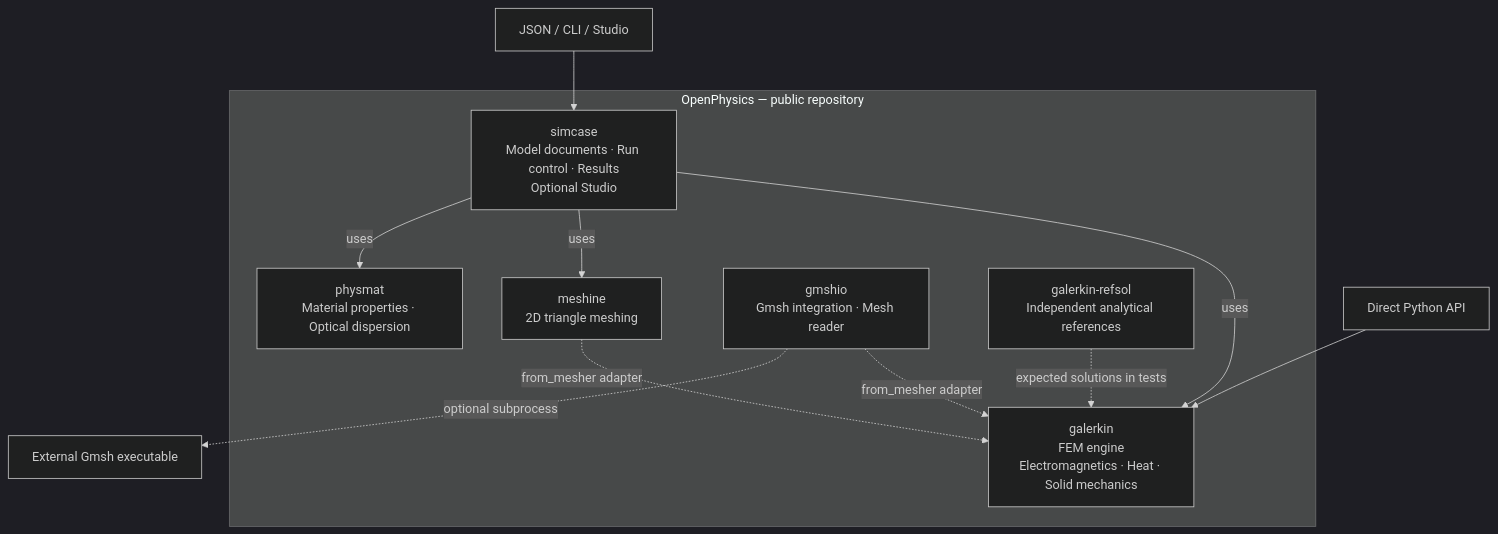
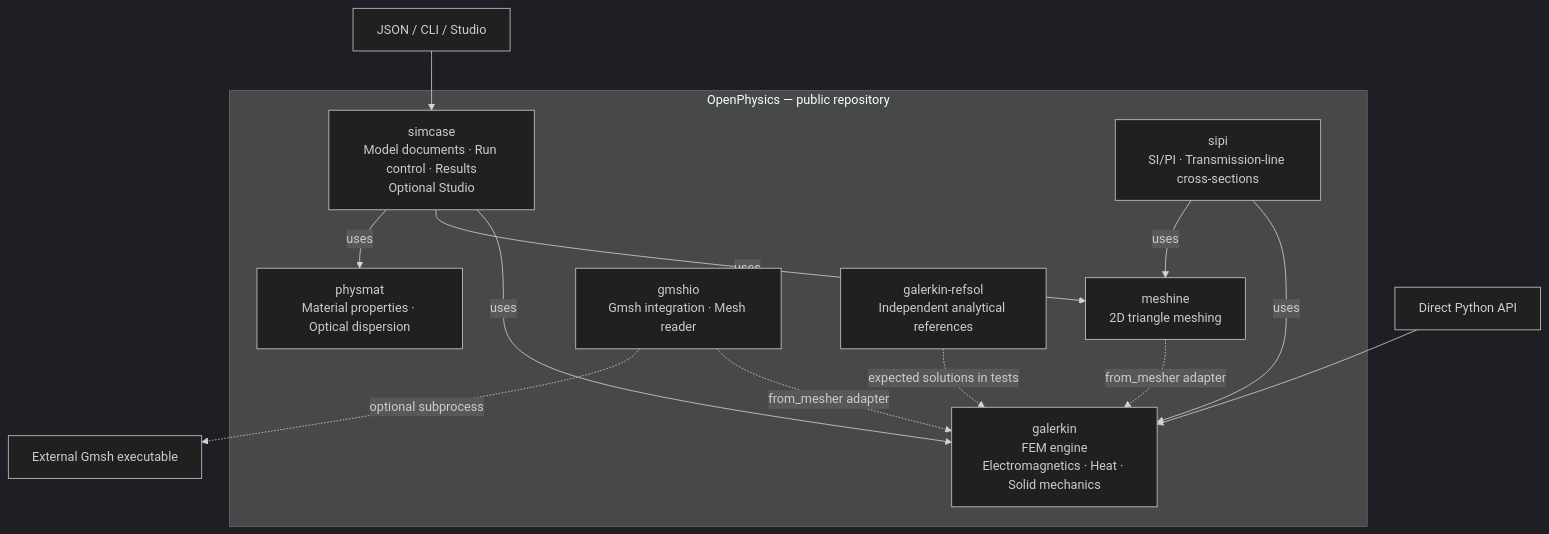
One commit to fieldalgo/openphysics changed the diagram in docs/architecture.md. Above: the diagram before and after it, drawn with Mermaid (dark theme). The commit also changed other lines of this file and 45 other files, not shown here.

````diff
--- a/docs/architecture.md
+++ b/docs/architecture.md
@@ -12,25 +12,28 @@
 ```mermaid
 flowchart TB
     Input["JSON / CLI / Studio"]
     Python["Direct Python API"]
 
     subgraph OP["OpenPhysics — public repository"]
         Sim["simcase<br/>Model documents · Run control · Results<br/>Optional Studio"]
         Gal["galerkin<br/>FEM engine<br/>Electromagnetics · Heat · Solid mechanics"]
         Mesh["meshine<br/>2D triangle meshing"]
         Mat["physmat<br/>Material properties · Optical dispersion"]
         GIO["gmshio<br/>Gmsh integration · Mesh reader"]
         Ref["galerkin-refsol<br/>Independent analytical references"]
+        SIPI["sipi<br/>SI/PI · Transmission-line cross-sections"]
 
         Sim -->|uses| Gal
         Sim -->|uses| Mesh
         Sim -->|uses| Mat
         Mesh -.->|from_mesher adapter| Gal
         GIO -.->|from_mesher adapter| Gal
         Ref -.->|expected solutions in tests| Gal
+        SIPI -->|uses| Gal
+        SIPI -->|uses| Mesh
     end
 
     Input --> Sim
     Python --> Gal
     GIO -.->|optional subprocess| Gmsh["External Gmsh executable"]
 ```
````
